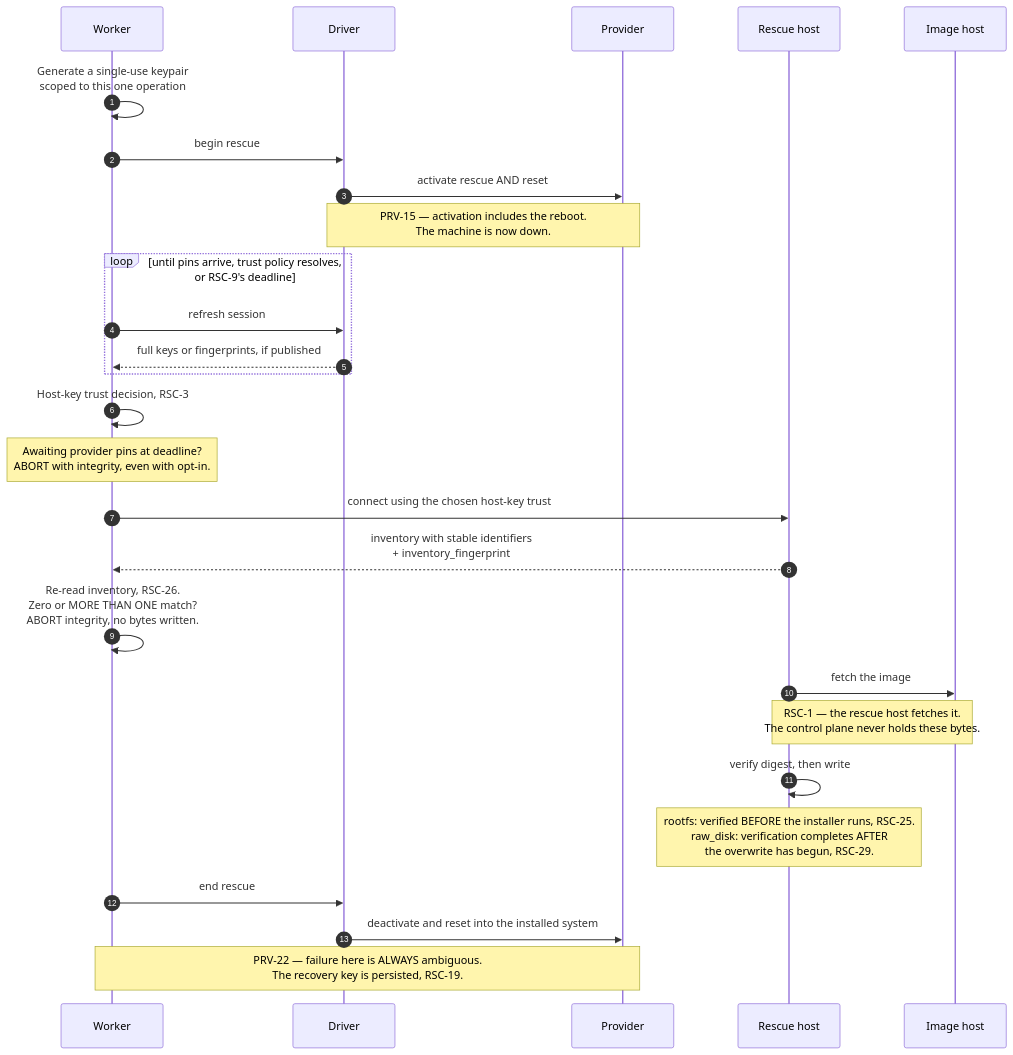
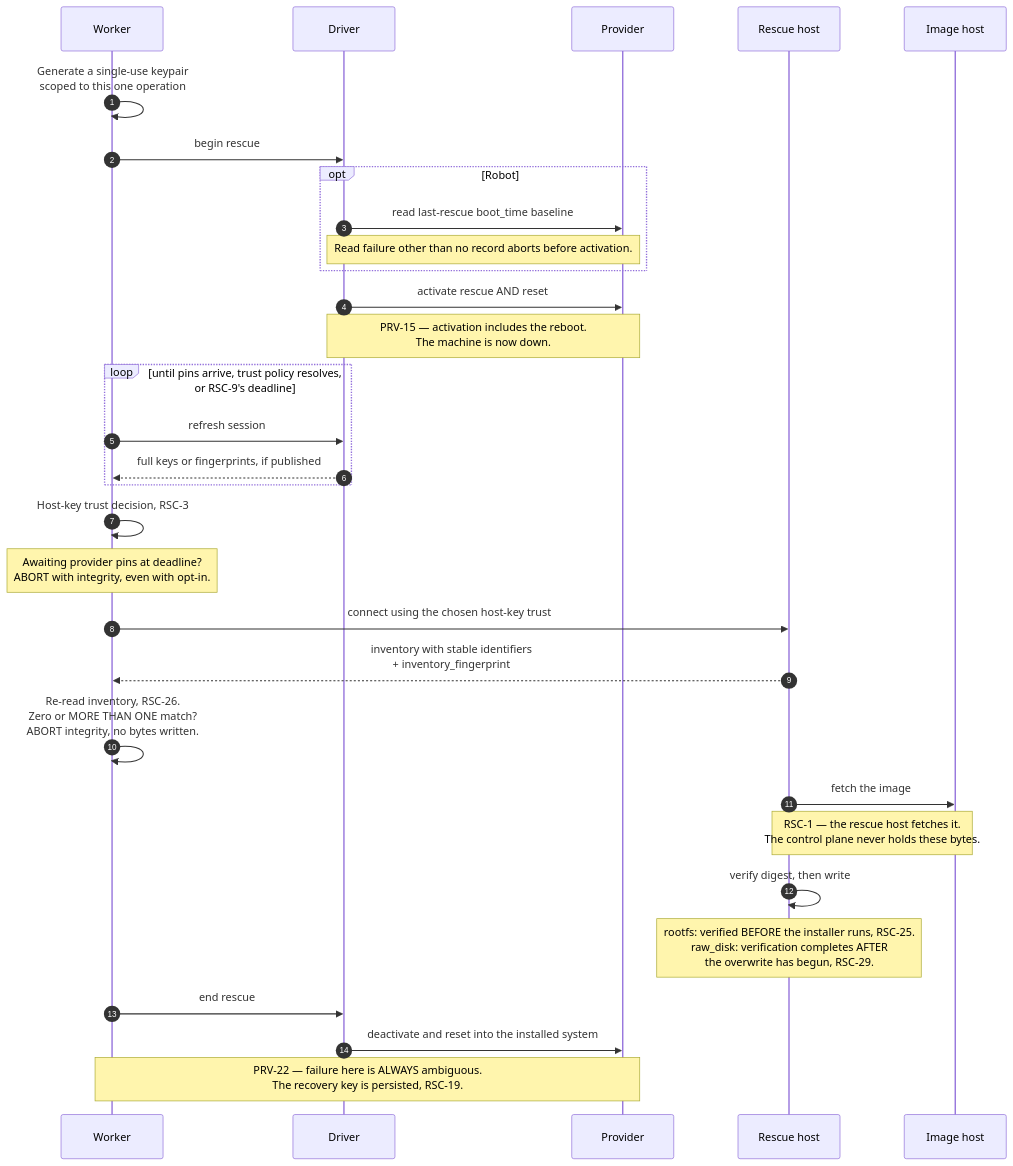
Before and after one commit to douglaz/provisiond: the diagram in 06-rescue-install.md, drawn with Mermaid. The commit also changed other lines of this file and 10 other files, not shown here.

Commit message:
pv-wd0: finish Robot rescue pinning and shared-read repair

````diff
--- a/06-rescue-install.md
+++ b/06-rescue-install.md
@@ -23,30 +23,34 @@
 ```mermaid
 sequenceDiagram
     autonumber
     participant W as Worker
     participant D as Driver
     participant P as Provider
     participant R as Rescue host
     participant I as Image host
 
     W->>W: Generate a single-use keypair<br/>scoped to this one operation
     W->>D: begin rescue
+    opt Robot
+        D->>P: read last-rescue boot_time baseline
+        Note over D,P: Read failure other than no record aborts before activation.
+    end
     D->>P: activate rescue AND reset
     Note over D,P: PRV-15 — activation includes the reboot.<br/>The machine is now down.
     loop until pins arrive, trust policy resolves, or RSC-9's deadline
         W->>D: refresh session
         D-->>W: full keys or fingerprints, if published
     end
     W->>W: Host-key trust decision, RSC-3
     Note over W: Awaiting provider pins at deadline?<br/>ABORT with integrity, even with opt-in.
     W->>R: connect using the chosen host-key trust
     R-->>W: inventory with stable identifiers<br/>+ inventory_fingerprint
     W->>W: Re-read inventory, RSC-26.<br/>Zero or MORE THAN ONE match?<br/>ABORT integrity, no bytes written.
     R->>I: fetch the image
     Note over R,I: RSC-1 — the rescue host fetches it.<br/>The control plane never holds these bytes.
     R->>R: verify digest, then write
     Note over R: rootfs: verified BEFORE the installer runs, RSC-25.<br/>raw_disk: verification completes AFTER<br/>the overwrite has begun, RSC-29.
     W->>D: end rescue
     D->>P: deactivate and reset into the installed system
     Note over W,P: PRV-22 — failure here is ALWAYS ambiguous.<br/>The recovery key is persisted, RSC-19.
 ```
````
